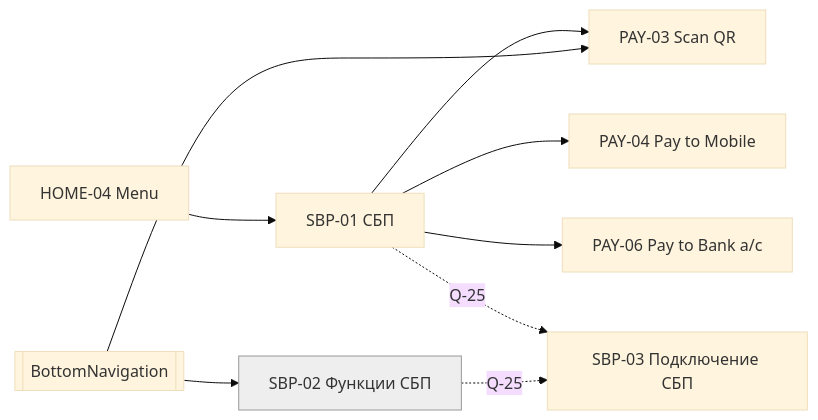
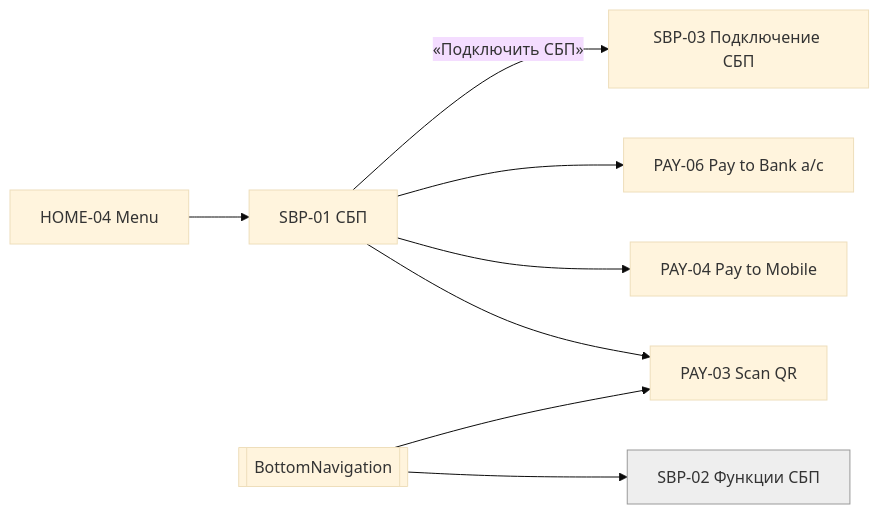
The fourth of 7 diagrams in docs/ui/USER_FLOWS.md (Shustrjak/claude_repo), drawn with Mermaid (base theme) before and after one commit. The commit also changed other lines of this file and 6 other files, not shown here.

````diff
--- a/docs/ui/USER_FLOWS.md
+++ b/docs/ui/USER_FLOWS.md
@@ -122,13 +128,12 @@
 ```mermaid
 flowchart LR
   MENU[HOME-04 Menu] --> SBP01[SBP-01 СБП]
   SBP01 --> PAY03[PAY-03 Scan QR]
   SBP01 --> PAY04[PAY-04 Pay to Mobile]
   SBP01 --> PAY06[PAY-06 Pay to Bank a/c]
   NAV[[BottomNavigation]] --> SBP02[SBP-02 Функции СБП]
   NAV --> PAY03
-  SBP01 -. "Q-25" .-> SBP03[SBP-03 Подключение СБП]
-  SBP02 -. "Q-25" .-> SBP03
+  SBP01 -- "«Подключить СБП»" --> SBP03[SBP-03 Подключение СБП]
   classDef candidate fill:#eee,stroke:#999
   class SBP02 candidate
 ```
````
